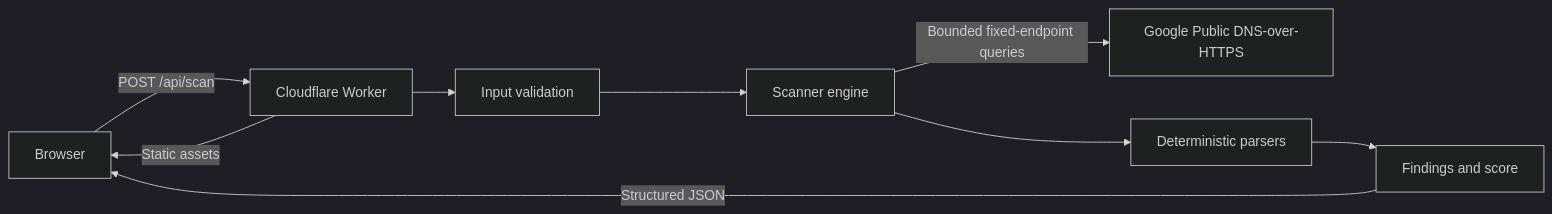
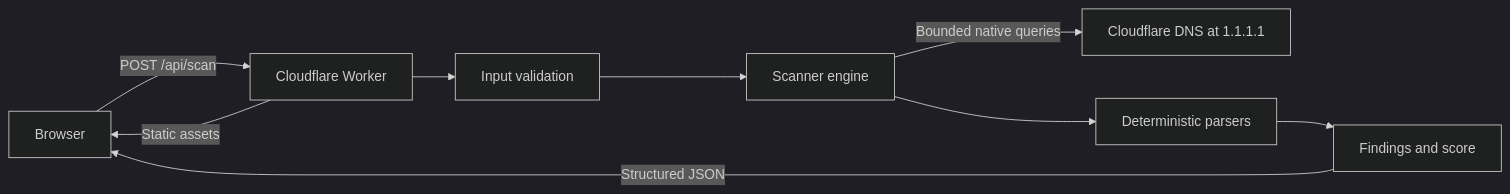
The diagram in docs/ARCHITECTURE.md (TheDudesRepo/dmarc), drawn with Mermaid (dark theme) before and after one commit. The commit also changed other lines of this file and 17 other files, not shown here.

Commit message:
Use native DNS and correct SPF diagnostics

````diff
--- a/docs/ARCHITECTURE.md
+++ b/docs/ARCHITECTURE.md
@@ -10,11 +10,11 @@
 ```mermaid
 flowchart LR
     U[Browser] -->|POST /api/scan| W[Cloudflare Worker]
     W --> V[Input validation]
     V --> S[Scanner engine]
-    S -->|Bounded fixed-endpoint queries| D[Google Public DNS-over-HTTPS]
+    S -->|Bounded native queries| D[Cloudflare DNS at 1.1.1.1]
     S --> P[Deterministic parsers]
     P --> A[Findings and score]
     A -->|Structured JSON| U
     W -->|Static assets| U
 ```
````
